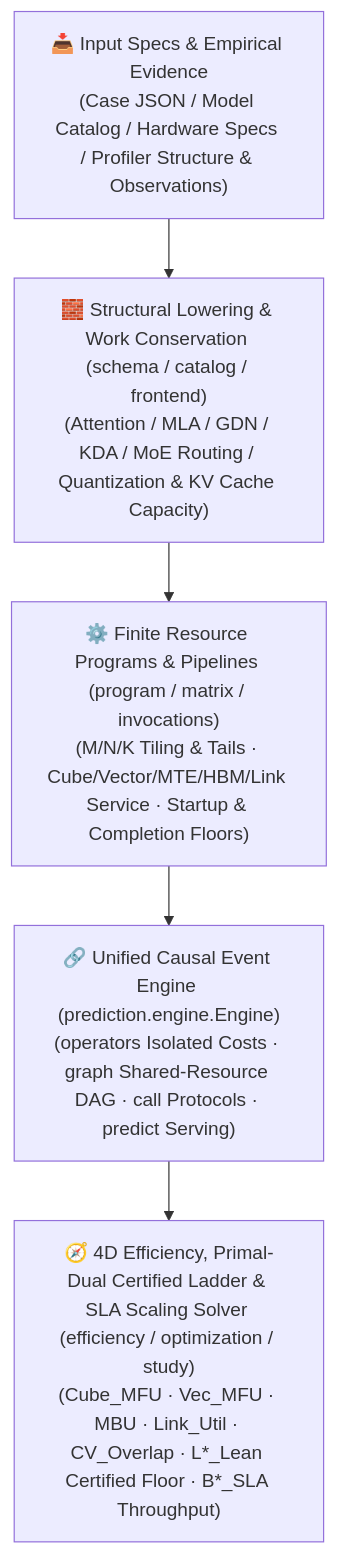
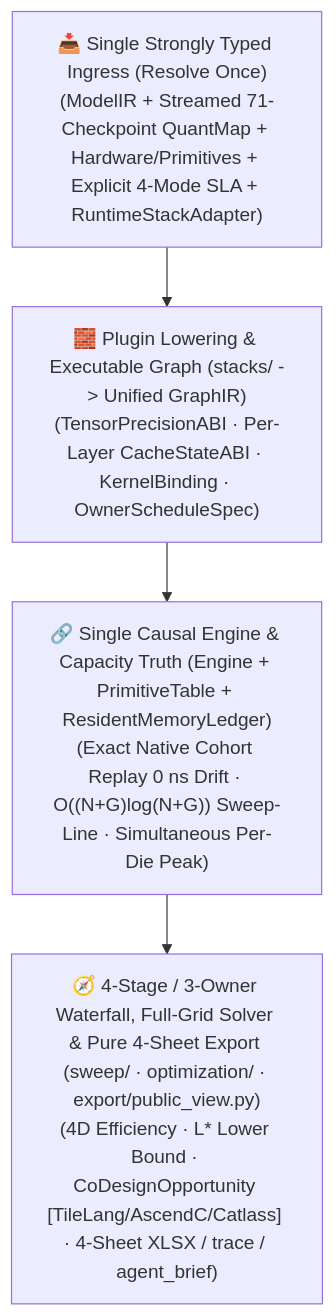
Before and after one commit to mindie-agent/sim: the diagram in README.en.md, drawn with Mermaid. The commit also changed other lines of this file and 11 other files, not shown here.

Commit message:
docs(sim): align living docs, bilingual guides, and migration notes to single-spine architecture

````diff
--- a/README.en.md
+++ b/README.en.md
@@ -34,10 +34,9 @@
 ```mermaid
 flowchart TB
-    Input["📥 Input Specs & Empirical Evidence<br/>(Case JSON / Model Catalog / Hardware Specs / Profiler Structure & Observations)"]
-    Frontend["🧱 Structural Lowering & Work Conservation (schema / catalog / frontend)<br/>(Attention / MLA / GDN / KDA / MoE Routing / Quantization & KV Cache Capacity)"]
-    Program["⚙️ Finite Resource Programs & Pipelines (program / matrix / invocations)<br/>(M/N/K Tiling & Tails · Cube/Vector/MTE/HBM/Link Service · Startup & Completion Floors)"]
-    Engine["🔗 Unified Causal Event Engine (prediction.engine.Engine)<br/>(operators Isolated Costs · graph Shared-Resource DAG · call Protocols · predict Serving)"]
-    Analysis["🧭 4D Efficiency, Primal-Dual Certified Ladder & SLA Scaling Solver (efficiency / optimization / study)<br/>(Cube_MFU · Vec_MFU · MBU · Link_Util · CV_Overlap · L*_Lean Certified Floor · B*_SLA Throughput)"]
+    Input["📥 Single Strongly Typed Ingress (Resolve Once)<br/>(ModelIR + Streamed 71-Checkpoint QuantMap + Hardware/Primitives + Explicit 4-Mode SLA + RuntimeStackAdapter)"]
+    Lower["🧱 Plugin Lowering & Executable Graph (stacks/ -> Unified GraphIR)<br/>(TensorPrecisionABI · Per-Layer CacheStateABI · KernelBinding · OwnerScheduleSpec)"]
+    Engine["🔗 Single Causal Engine & Capacity Truth (Engine + PrimitiveTable + ResidentMemoryLedger)<br/>(Exact Native Cohort Replay 0 ns Drift · O((N+G)log(N+G)) Sweep-Line · Simultaneous Per-Die Peak)"]
+    Analysis["🧭 4-Stage / 3-Owner Waterfall, Full-Grid Solver & Pure 4-Sheet Export (sweep/ · optimization/ · export/public_view.py)<br/>(4D Efficiency · L* Lower Bound · CoDesignOpportunity [TileLang/AscendC/Catlass] · 4-Sheet XLSX / trace / agent_brief)"]
 
-    Input --> Frontend --> Program --> Engine --> Analysis
+    Input --> Lower --> Engine --> Analysis
 ```
````
